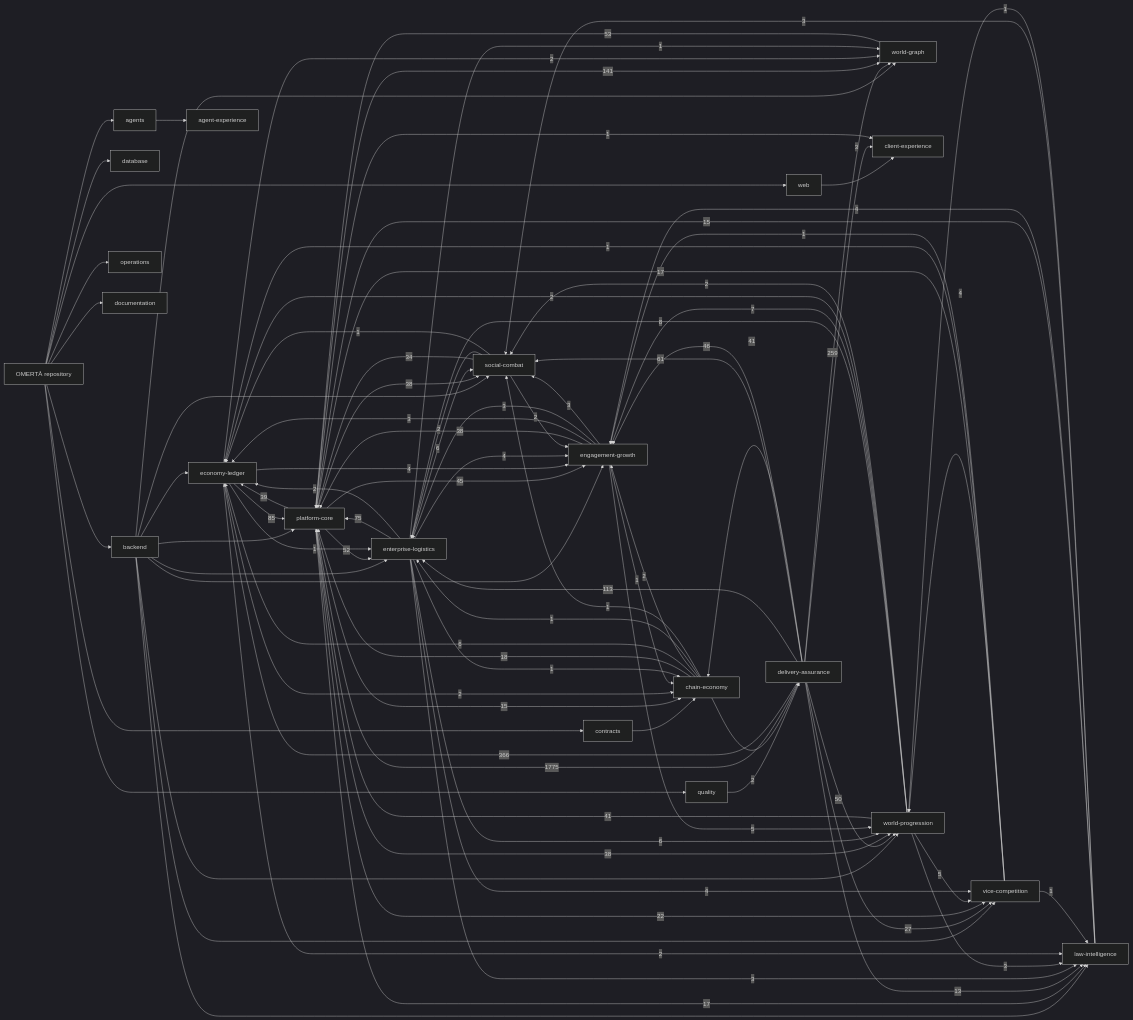
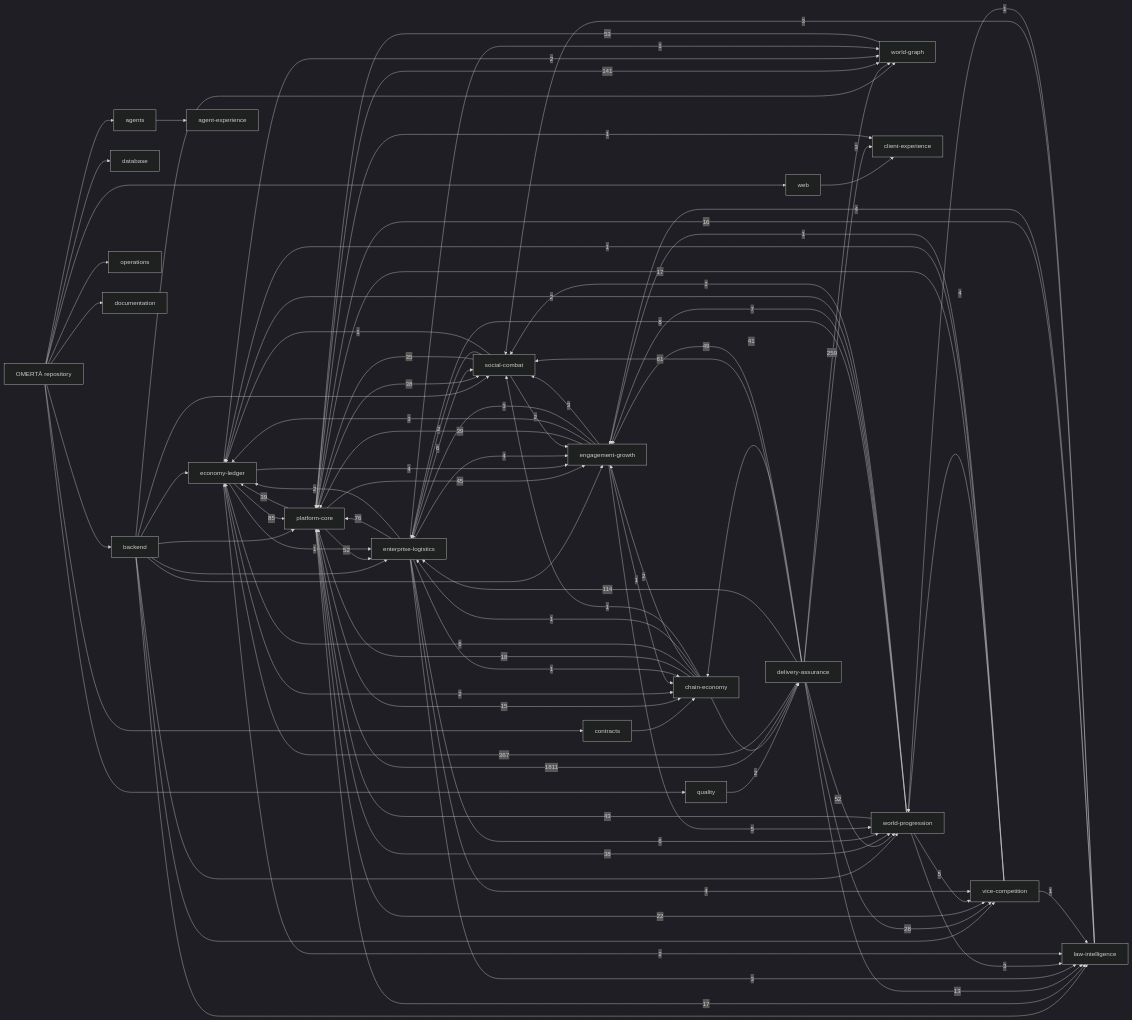
One commit to OmertaDev/Omerta changed the diagram in knowledge/generated/graph.mmd. Above: the diagram before and after it, drawn with Mermaid (dark theme). The commit also changed 8 other files, not shown here.

```diff
--- a/knowledge/generated/graph.mmd
+++ b/knowledge/generated/graph.mmd
@@ -1,113 +1,113 @@
 flowchart LR
   repo["OMERTÀ repository"]
   sub_backend["backend"]
   repo --> sub_backend
   sub_database["database"]
   repo --> sub_database
   sub_web["web"]
   repo --> sub_web
   sub_contracts["contracts"]
   repo --> sub_contracts
   sub_agents["agents"]
   repo --> sub_agents
   sub_quality["quality"]
   repo --> sub_quality
   sub_operations["operations"]
   repo --> sub_operations
   sub_documentation["documentation"]
   repo --> sub_documentation
   dom_platform-core["platform-core"]
   dom_economy-ledger["economy-ledger"]
   dom_social-combat["social-combat"]
   dom_world-progression["world-progression"]
   dom_world-graph["world-graph"]
   dom_enterprise-logistics["enterprise-logistics"]
   dom_vice-competition["vice-competition"]
   dom_law-intelligence["law-intelligence"]
   dom_chain-economy["chain-economy"]
   dom_engagement-growth["engagement-growth"]
   dom_client-experience["client-experience"]
   dom_agent-experience["agent-experience"]
   dom_delivery-assurance["delivery-assurance"]
   sub_agents --> dom_agent-experience
   sub_backend --> dom_economy-ledger
   sub_backend --> dom_engagement-growth
   sub_backend --> dom_enterprise-logistics
   sub_backend --> dom_law-intelligence
   sub_backend --> dom_platform-core
   sub_backend --> dom_social-combat
   sub_backend --> dom_vice-competition
   sub_backend --> dom_world-graph
   sub_backend --> dom_world-progression
   sub_contracts --> dom_chain-economy
   sub_quality --> dom_delivery-assurance
   sub_web --> dom_client-experience
-  dom_delivery-assurance -->|1775| dom_platform-core
-  dom_delivery-assurance -->|366| dom_economy-ledger
+  dom_delivery-assurance -->|1811| dom_platform-core
+  dom_delivery-assurance -->|367| dom_economy-ledger
   dom_delivery-assurance -->|259| dom_world-graph
   dom_platform-core -->|141| dom_world-graph
-  dom_delivery-assurance -->|113| dom_enterprise-logistics
+  dom_delivery-assurance -->|114| dom_enterprise-logistics
   dom_economy-ledger -->|85| dom_platform-core
-  dom_enterprise-logistics -->|75| dom_platform-core
+  dom_enterprise-logistics -->|76| dom_platform-core
   dom_delivery-assurance -->|61| dom_social-combat
   dom_world-graph -->|53| dom_platform-core
+  dom_delivery-assurance -->|52| dom_world-progression
   dom_platform-core -->|52| dom_enterprise-logistics
-  dom_delivery-assurance -->|50| dom_world-progression
-  dom_delivery-assurance -->|46| dom_engagement-growth
+  dom_delivery-assurance -->|49| dom_engagement-growth
   dom_platform-core -->|45| dom_engagement-growth
+  dom_world-progression -->|43| dom_platform-core
   dom_delivery-assurance -->|41| dom_chain-economy
-  dom_world-progression -->|41| dom_platform-core
+  dom_engagement-growth -->|39| dom_platform-core
   dom_platform-core -->|39| dom_economy-ledger
-  dom_engagement-growth -->|38| dom_platform-core
   dom_platform-core -->|38| dom_social-combat
   dom_platform-core -->|38| dom_world-progression
-  dom_social-combat -->|34| dom_platform-core
-  dom_delivery-assurance -->|27| dom_vice-competition
+  dom_social-combat -->|35| dom_platform-core
+  dom_delivery-assurance -->|28| dom_vice-competition
   dom_platform-core -->|22| dom_vice-competition
   dom_chain-economy -->|18| dom_platform-core
   dom_platform-core -->|17| dom_law-intelligence
   dom_vice-competition -->|17| dom_platform-core
-  dom_law-intelligence -->|15| dom_platform-core
+  dom_law-intelligence -->|16| dom_platform-core
   dom_platform-core -->|15| dom_chain-economy
   dom_delivery-assurance -->|13| dom_law-intelligence
   dom_world-progression -->|8| dom_enterprise-logistics
   dom_world-progression -->|7| dom_engagement-growth
   dom_chain-economy -->|6| dom_economy-ledger
   dom_enterprise-logistics -->|6| dom_social-combat
   dom_enterprise-logistics -->|6| dom_world-progression
   dom_engagement-growth -->|5| dom_world-progression
   dom_world-progression -->|5| dom_vice-competition
   dom_economy-ledger -->|4| dom_engagement-growth
   dom_enterprise-logistics -->|4| dom_engagement-growth
   dom_enterprise-logistics -->|4| dom_vice-competition
   dom_law-intelligence -->|4| dom_engagement-growth
   dom_vice-competition -->|4| dom_world-progression
   dom_delivery-assurance -->|3| dom_client-experience
   dom_engagement-growth -->|3| dom_economy-ledger
   dom_engagement-growth -->|3| dom_enterprise-logistics
   dom_engagement-growth -->|3| dom_social-combat
   dom_enterprise-logistics -->|3| dom_law-intelligence
   dom_law-intelligence -->|3| dom_social-combat
   dom_world-progression -->|3| dom_law-intelligence
   dom_chain-economy -->|2| dom_delivery-assurance
   dom_chain-economy -->|2| dom_engagement-growth
   dom_economy-ledger -->|2| dom_chain-economy
   dom_economy-ledger -->|2| dom_law-intelligence
   dom_economy-ledger -->|2| dom_world-graph
   dom_enterprise-logistics -->|2| dom_economy-ledger
   dom_social-combat -->|2| dom_engagement-growth
   dom_social-combat -->|2| dom_enterprise-logistics
   dom_world-progression -->|2| dom_economy-ledger
   dom_world-progression -->|2| dom_social-combat
   dom_chain-economy -->|1| dom_enterprise-logistics
   dom_chain-economy -->|1| dom_social-combat
   dom_economy-ledger -->|1| dom_enterprise-logistics
   dom_engagement-growth -->|1| dom_chain-economy
   dom_enterprise-logistics -->|1| dom_chain-economy
   dom_enterprise-logistics -->|1| dom_world-graph
   dom_law-intelligence -->|1| dom_world-progression
   dom_platform-core -->|1| dom_client-experience
   dom_social-combat -->|1| dom_economy-ledger
   dom_vice-competition -->|1| dom_economy-ledger
   dom_vice-competition -->|1| dom_engagement-growth
   dom_vice-competition -->|1| dom_law-intelligence
```
